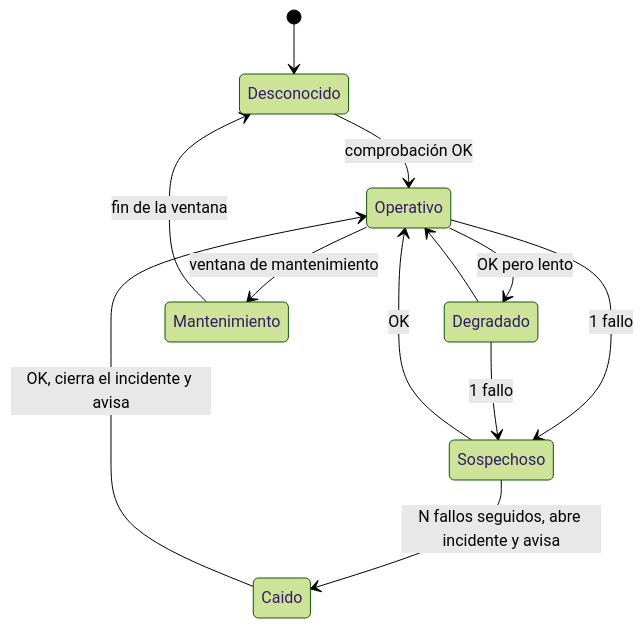
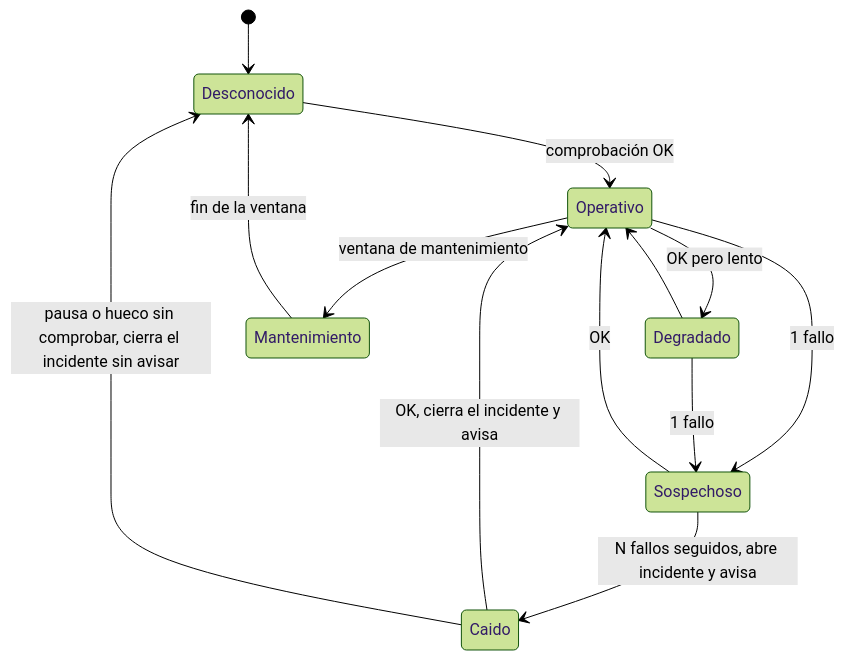
One commit to marnau74/vigia changed the second of 2 diagrams in README.md. Above: the diagram before and after it, drawn with Mermaid (forest theme). The commit also changed other lines of this file and 23 other files, not shown here.

````diff
--- a/README.md
+++ b/README.md
@@ -83,14 +84,15 @@
 ```mermaid
 stateDiagram-v2
     [*] --> Desconocido
     Desconocido --> Operativo : comprobación OK
     Operativo --> Degradado : OK pero lento
     Degradado --> Operativo
     Operativo --> Sospechoso : 1 fallo
     Degradado --> Sospechoso : 1 fallo
     Sospechoso --> Operativo : OK
     Sospechoso --> Caido : N fallos seguidos, abre incidente y avisa
     Caido --> Operativo : OK, cierra el incidente y avisa
     Operativo --> Mantenimiento : ventana de mantenimiento
     Mantenimiento --> Desconocido : fin de la ventana
+    Caido --> Desconocido : pausa o hueco sin comprobar, cierra el incidente sin avisar
 ```
````
